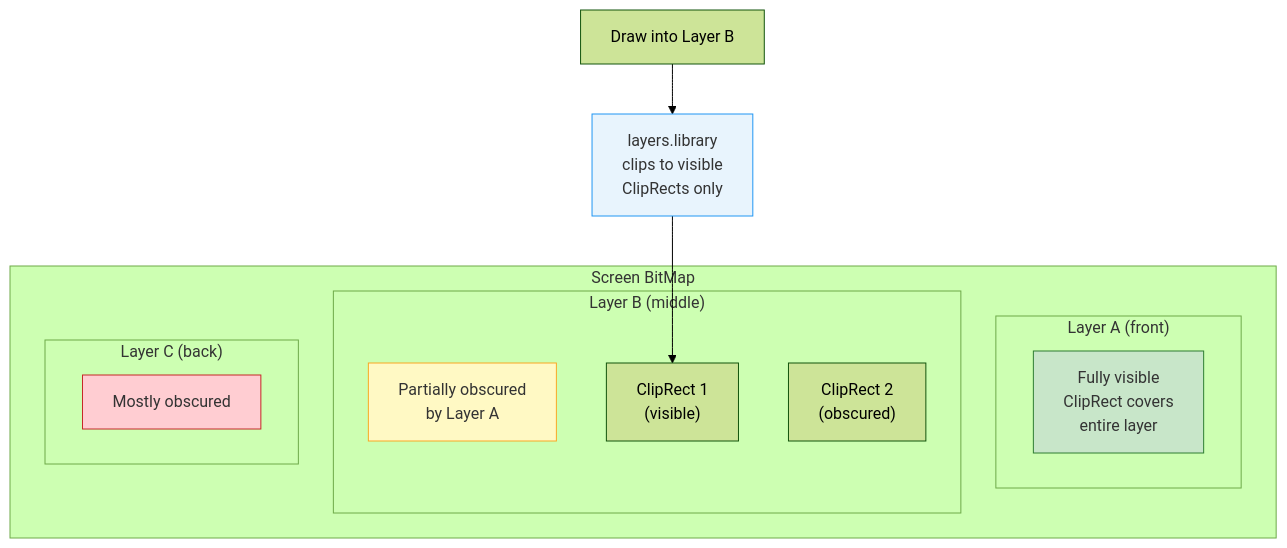
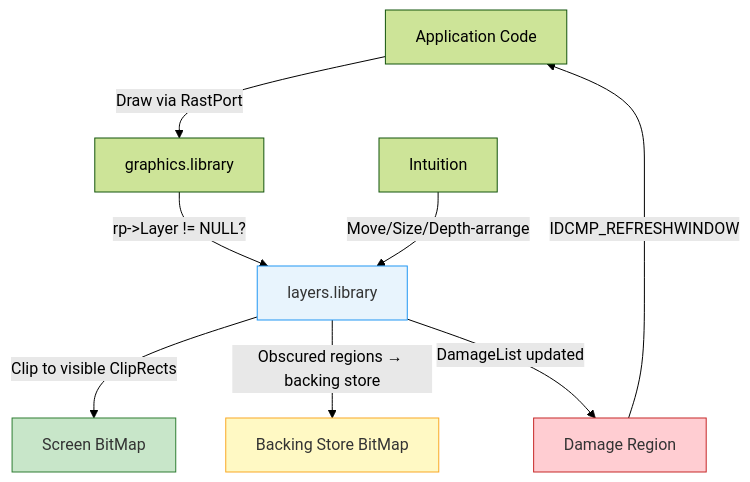
Before and after one commit to alfishe/amiga-bootcamp: the first of 4 diagrams in 11_libraries/layers.md, drawn with Mermaid (forest theme). The commit also changed other lines of this file and 7 other files, not shown here.

````diff
--- a/11_libraries/layers.md
+++ b/11_libraries/layers.md
@@ -11,24 +11,15 @@
 ```mermaid
 flowchart TD
-    subgraph "Screen BitMap"
-        subgraph "Layer A (front)"
-            LA["Fully visible<br/>ClipRect covers<br/>entire layer"]
-        end
-        subgraph "Layer B (middle)"
-            LB["Partially obscured<br/>by Layer A"]
-            LB1["ClipRect 1<br/>(visible)"]
-            LB2["ClipRect 2<br/>(obscured)"]
-        end
-        subgraph "Layer C (back)"
-            LC["Mostly obscured"]
-        end
-    end
+    APP["Application Code"] -->|"Draw via RastPort"| GFX["graphics.library"]
+    GFX -->|"rp->Layer != NULL?"| LAY["layers.library"]
+    LAY -->|"Clip to visible ClipRects"| BM["Screen BitMap"]
+    LAY -->|"Obscured regions → backing store"| BS["Backing Store BitMap"]
+    INT["Intuition"] -->|"Move/Size/Depth-arrange"| LAY
+    LAY -->|"DamageList updated"| DMG["Damage Region"]
+    DMG -->|"IDCMP_REFRESHWINDOW"| APP
 
-    DRAW["Draw into Layer B"] --> CLIP["layers.library<br/>clips to visible<br/>ClipRects only"]
-    CLIP --> LB1
-
-    style LA fill:#c8e6c9,stroke:#2e7d32,color:#333
-    style LB fill:#fff9c4,stroke:#f9a825,color:#333
-    style LC fill:#ffcdd2,stroke:#c62828,color:#333
-    style CLIP fill:#e8f4fd,stroke:#2196f3,color:#333
+    style LAY fill:#e8f4fd,stroke:#2196f3,color:#333
+    style BM fill:#c8e6c9,stroke:#2e7d32,color:#333
+    style BS fill:#fff9c4,stroke:#f9a825,color:#333
+    style DMG fill:#ffcdd2,stroke:#c62828,color:#333
 ```
````
